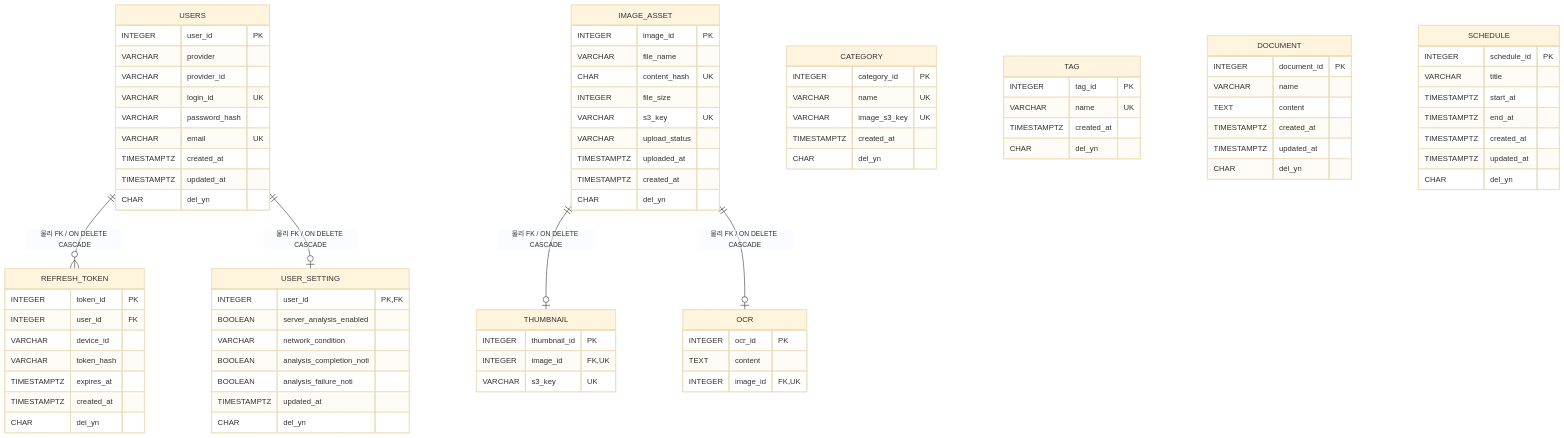
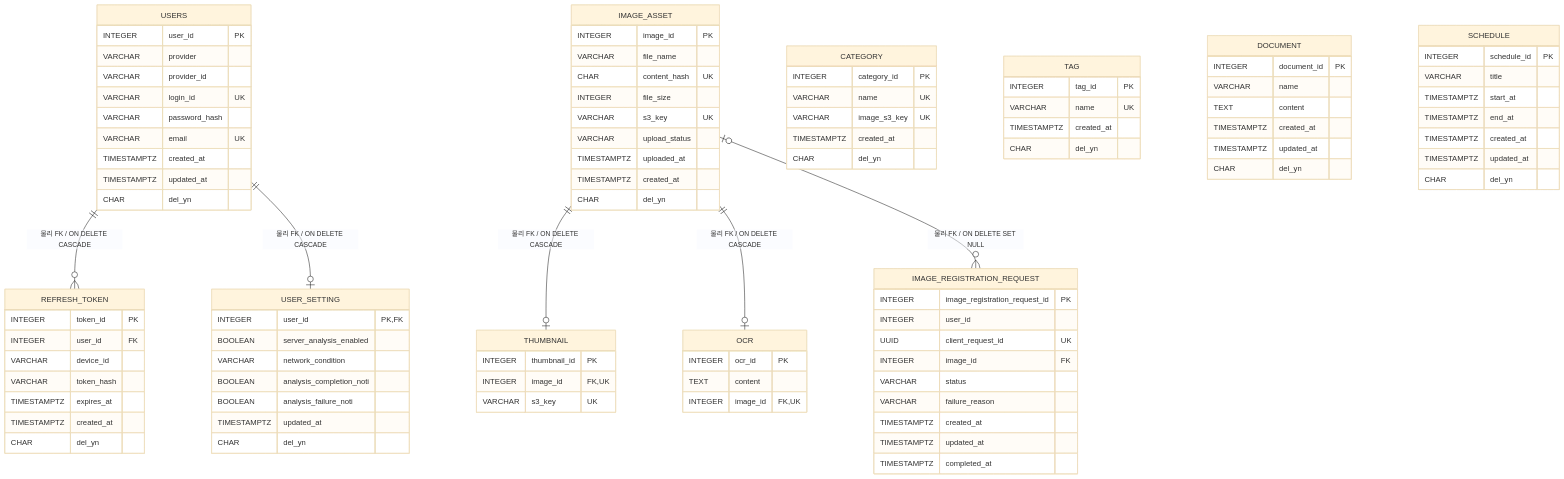
Before and after one commit to hantawon123/MODERA: the first of 4 diagrams in backend/docs/database-erd.md, drawn with Mermaid (base theme). The commit also changed other lines of this file and 2 other files, not shown here.

Commit message:
feat : clientRequest_database

```diff
--- a/backend/docs/database-erd.md
+++ b/backend/docs/database-erd.md
@@ -36,6 +38,7 @@
     USERS ||--o| USER_SETTING : "물리 FK / ON DELETE CASCADE"
     IMAGE_ASSET ||--o| THUMBNAIL : "물리 FK / ON DELETE CASCADE"
     IMAGE_ASSET ||--o| OCR : "물리 FK / ON DELETE CASCADE"
+    IMAGE_ASSET o|--o{ IMAGE_REGISTRATION_REQUEST : "물리 FK / ON DELETE SET NULL"
 
     USERS {
         INTEGER user_id PK
@@ -93,6 +96,18 @@
         INTEGER image_id FK, UK
     }
 
+    IMAGE_REGISTRATION_REQUEST {
+        INTEGER image_registration_request_id PK
+        INTEGER user_id
+        UUID client_request_id UK
+        INTEGER image_id FK
+        VARCHAR status
+        VARCHAR failure_reason
+        TIMESTAMPTZ created_at
+        TIMESTAMPTZ updated_at
+        TIMESTAMPTZ completed_at
+    }
+
     CATEGORY {
         INTEGER category_id PK
         VARCHAR name UK
```
